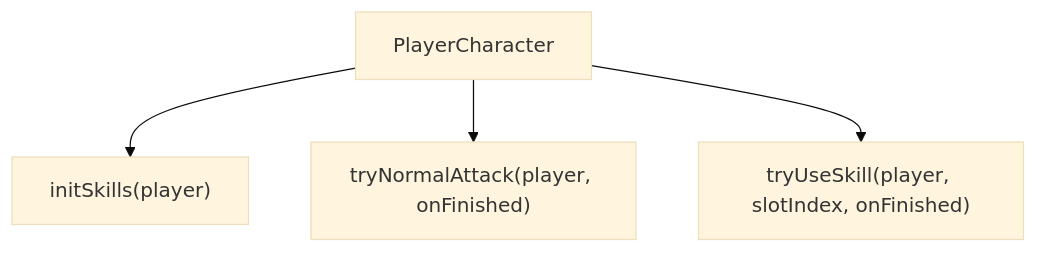
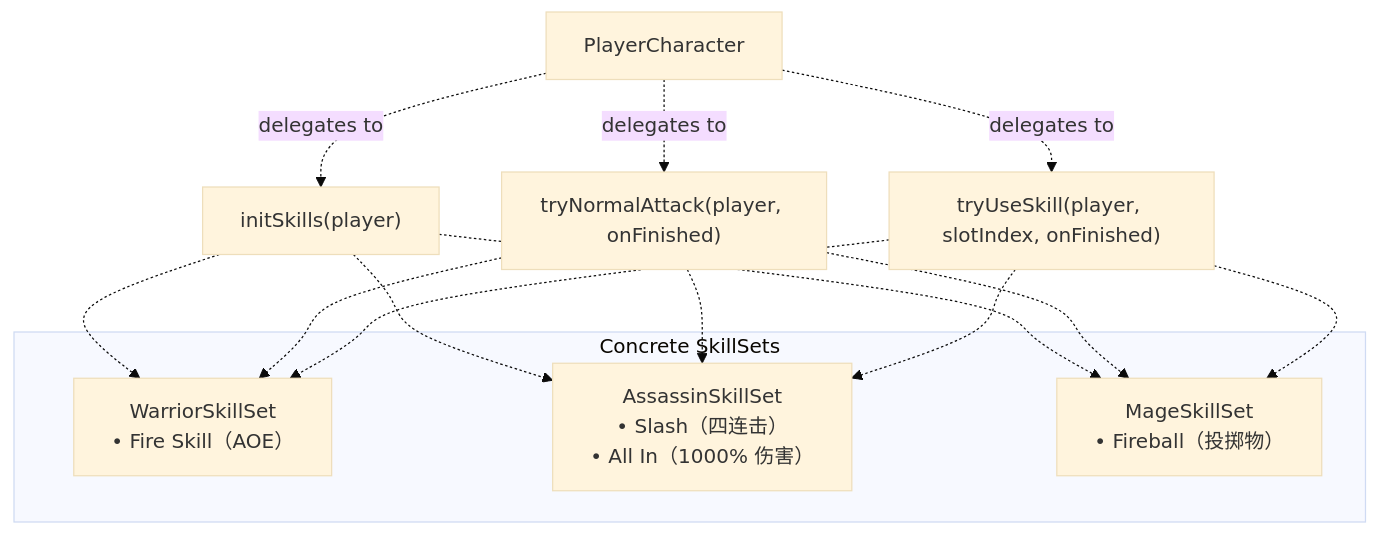
The seventh of 10 diagrams in docs/deekwiki/关键概念与术语.md (lilong555/Adventure-King), drawn with Mermaid (base theme) before and after one commit. The commit also changed other lines of this file and 54 other files, not shown here.

````diff
--- a/docs/deekwiki/关键概念与术语.md
+++ b/docs/deekwiki/关键概念与术语.md
@@ -358,12 +358,30 @@
 ```mermaid
 flowchart TD
 
 PlayerCharacter["PlayerCharacter"]
 InitSkills["initSkills(player)"]
 TryNormalAttack["tryNormalAttack(player, onFinished)"]
 TryUseSkill["tryUseSkill(player, slotIndex, onFinished)"]
+WarriorSkillSet["WarriorSkillSet<br>• Fire Skill（AOE）"]
+AssassinSkillSet["AssassinSkillSet<br>• Slash（四连击）<br>• All In（1000% 伤害）"]
+MageSkillSet["MageSkillSet<br>• Fireball（投掷物）"]
 
-PlayerCharacter --> InitSkills
-PlayerCharacter --> TryNormalAttack
-PlayerCharacter --> TryUseSkill
+PlayerCharacter -.->|"delegates to"| InitSkills
+PlayerCharacter -.->|"delegates to"| TryNormalAttack
+PlayerCharacter -.->|"delegates to"| TryUseSkill
+InitSkills -.-> WarriorSkillSet
+InitSkills -.-> AssassinSkillSet
+InitSkills -.-> MageSkillSet
+TryNormalAttack -.-> WarriorSkillSet
+TryNormalAttack -.-> AssassinSkillSet
+TryNormalAttack -.-> MageSkillSet
+TryUseSkill -.-> WarriorSkillSet
+TryUseSkill -.-> AssassinSkillSet
+TryUseSkill -.-> MageSkillSet
+
+subgraph subGraph1 ["Concrete SkillSets"]
+    WarriorSkillSet
+    AssassinSkillSet
+    MageSkillSet
+end
 ```
````
